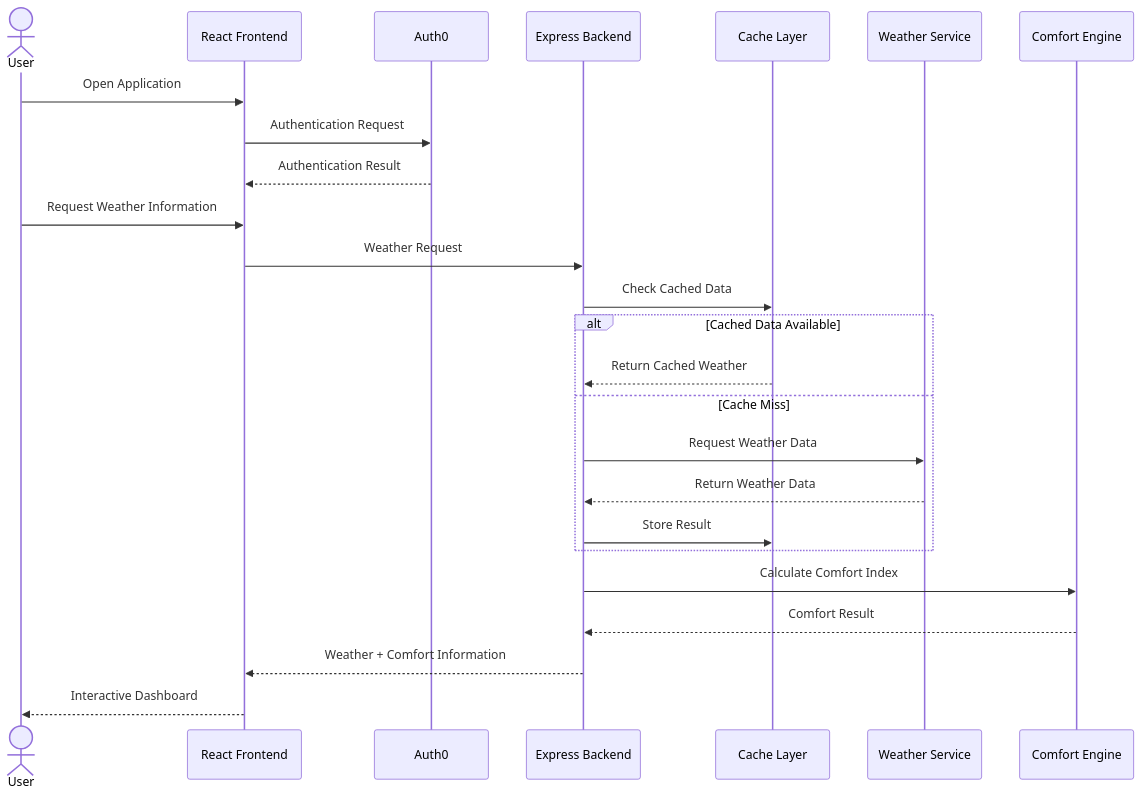
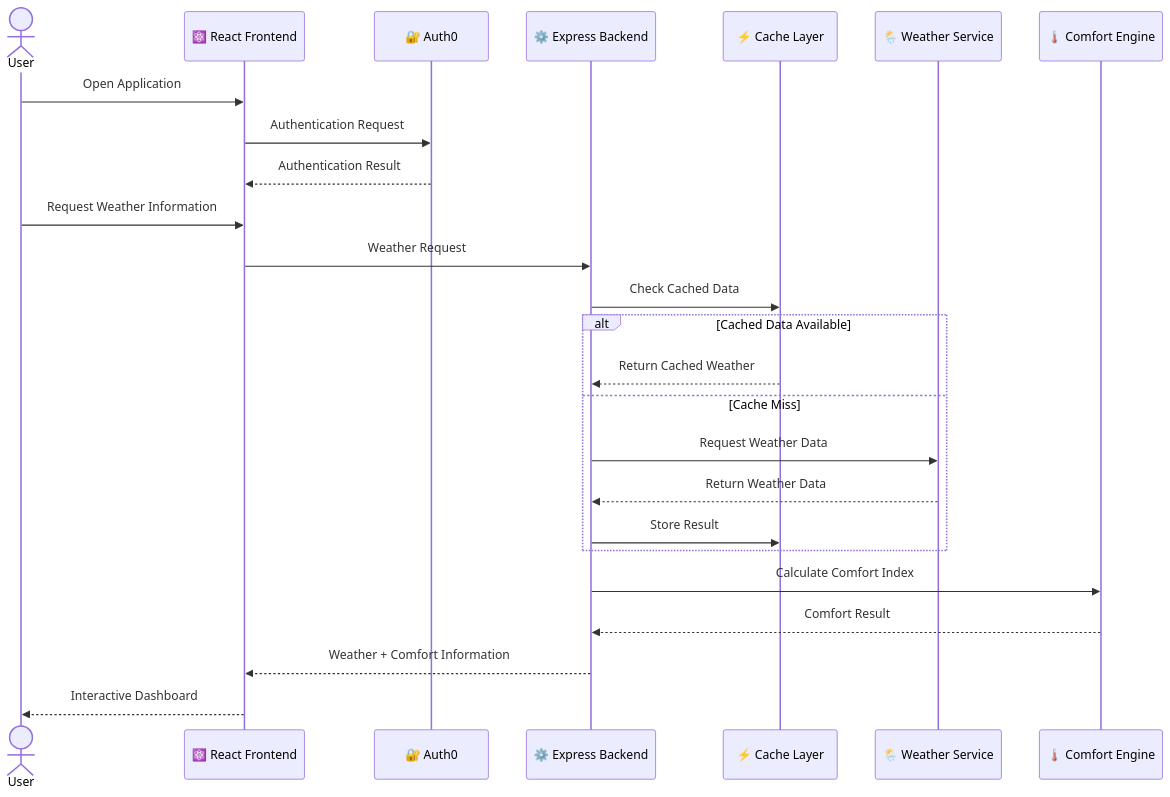
The fourth of 11 diagrams in README.md (Ahamed369/Fidenz-Weather-App), drawn with Mermaid before and after one commit. The commit also changed other lines of this file, not shown here.

````diff
--- a/README.md
+++ b/README.md
@@ -320,37 +405,38 @@
 ```mermaid
 sequenceDiagram
 
     actor User
-    participant React as React Frontend
-    participant Auth as Auth0
-    participant API as Express Backend
-    participant Cache as Cache Layer
-    participant Weather as Weather Service
-    participant Comfort as Comfort Engine
+
+    participant React as ⚛️ React Frontend
+    participant Auth as 🔐 Auth0
+    participant API as ⚙️ Express Backend
+    participant Cache as ⚡ Cache Layer
+    participant Weather as 🌦️ Weather Service
+    participant Comfort as 🌡️ Comfort Engine
 
     User->>React: Open Application
 
     React->>Auth: Authentication Request
     Auth-->>React: Authentication Result
 
     User->>React: Request Weather Information
 
     React->>API: Weather Request
 
     API->>Cache: Check Cached Data
 
     alt Cached Data Available
         Cache-->>API: Return Cached Weather
     else Cache Miss
         API->>Weather: Request Weather Data
         Weather-->>API: Return Weather Data
         API->>Cache: Store Result
     end
 
     API->>Comfort: Calculate Comfort Index
     Comfort-->>API: Comfort Result
 
     API-->>React: Weather + Comfort Information
 
     React-->>User: Interactive Dashboard
 ```
````
